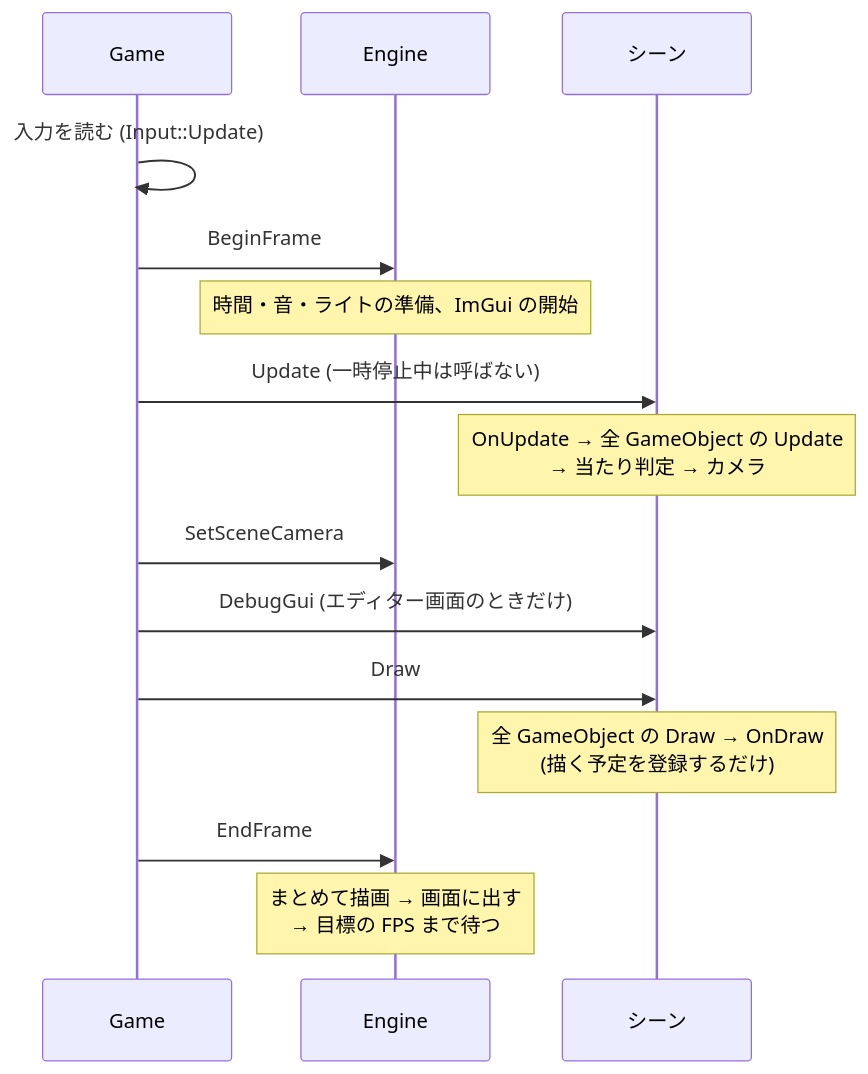
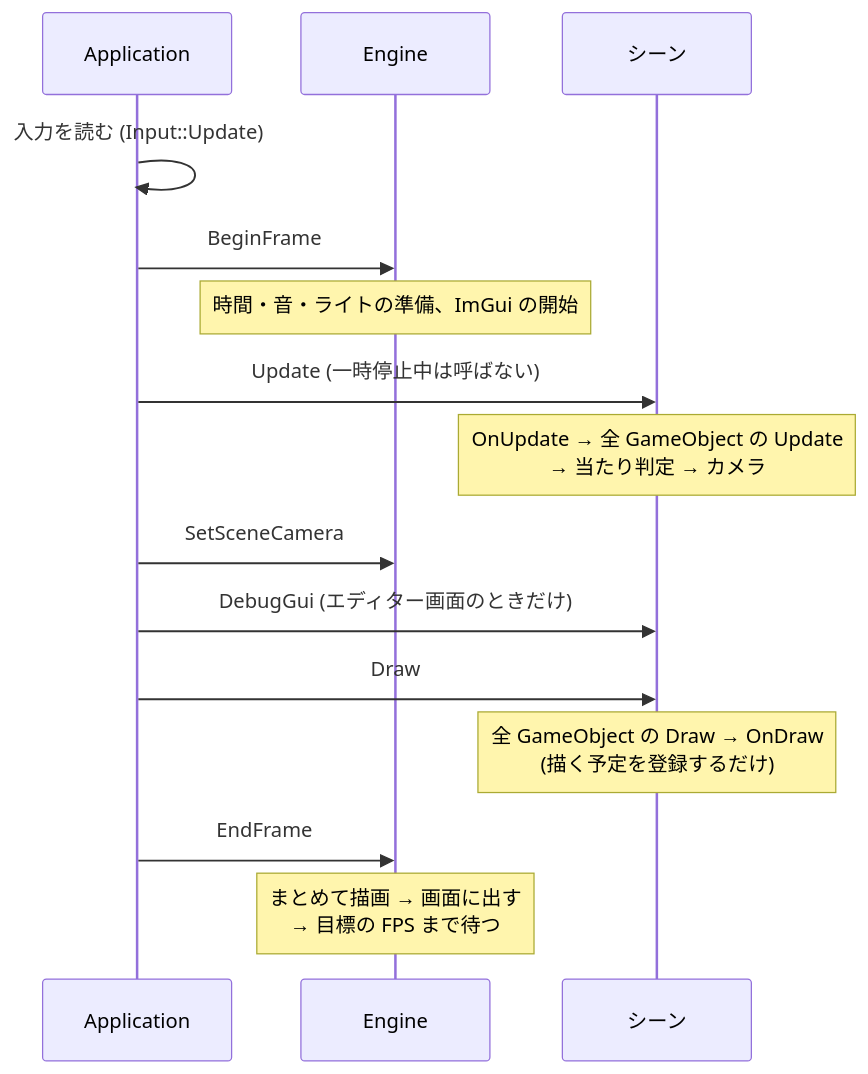
The second of 2 diagrams in docs/concepts/architecture.md (so1218/FROM-SOHEWARE), drawn with Mermaid before and after one commit. The commit also changed other lines of this file and 45 other files, not shown here.

````diff
--- a/docs/concepts/architecture.md
+++ b/docs/concepts/architecture.md
@@ -23,18 +23,18 @@
 ```mermaid
 sequenceDiagram
-    participant G as Game
+    participant G as Application
     participant E as Engine
     participant S as シーン
 
     G->>G: 入力を読む (Input::Update)
     G->>E: BeginFrame
     Note over E: 時間・音・ライトの準備、ImGui の開始
     G->>S: Update (一時停止中は呼ばない)
     Note over S: OnUpdate → 全 GameObject の Update<br/>→ 当たり判定 → カメラ
     G->>E: SetSceneCamera
     G->>S: DebugGui (エディター画面のときだけ)
     G->>S: Draw
     Note over S: 全 GameObject の Draw → OnDraw<br/>(描く予定を登録するだけ)
     G->>E: EndFrame
     Note over E: まとめて描画 → 画面に出す<br/>→ 目標の FPS まで待つ
 ```
````
